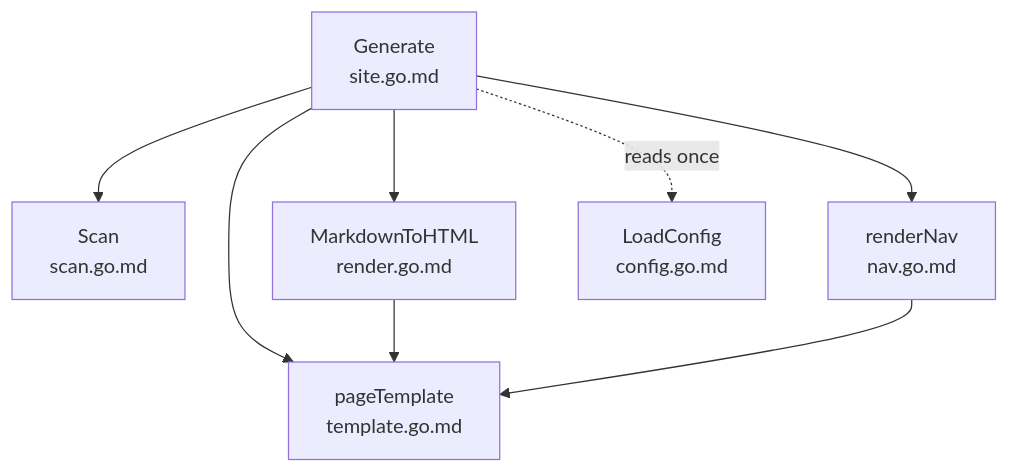
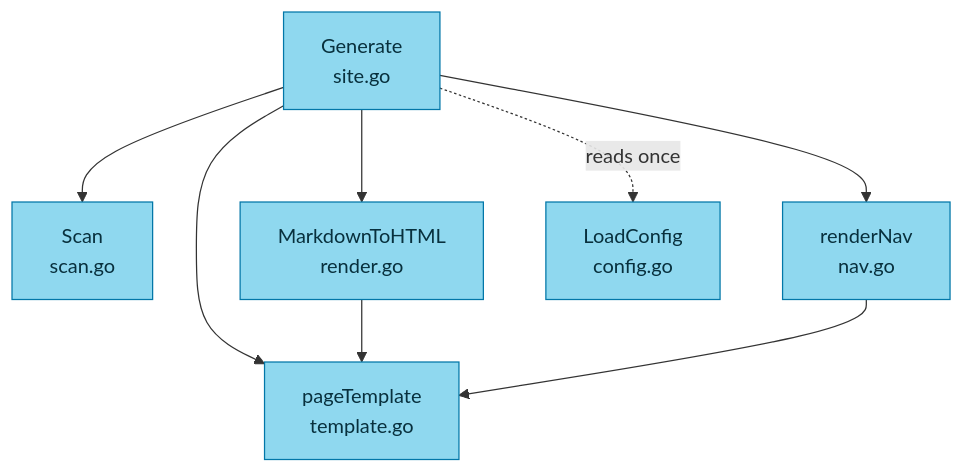
The diagram in internal/barnacle/README.md (fordaj/barnacle), drawn with Mermaid before and after one commit. The commit also changed 23 other files, not shown here.

````diff
--- a/internal/barnacle/README.md
+++ b/internal/barnacle/README.md
@@ -3,16 +3,18 @@
 ```mermaid
 flowchart TD
-    Generate[Generate<br/>site.go.md] --> Scan[Scan<br/>scan.go.md]
-    Generate --> Render[MarkdownToHTML<br/>render.go.md]
-    Generate --> Nav[renderNav<br/>nav.go.md]
-    Generate --> Template[pageTemplate<br/>template.go.md]
+    Generate["Generate<br/>site.go"] --> Scan["Scan<br/>scan.go"]
+    Generate --> Render["MarkdownToHTML<br/>render.go"]
+    Generate --> Nav["renderNav<br/>nav.go"]
+    Generate --> Template["pageTemplate<br/>template.go"]
     Render --> Template
     Nav --> Template
-    Generate -.->|reads once| Config[LoadConfig<br/>config.go.md]
+    Generate -.->|reads once| Config["LoadConfig<br/>config.go"]
     click Generate href "site.go.md"
     click Scan href "scan.go.md"
     click Render href "render.go.md"
     click Nav href "nav.go.md"
     click Template href "template.go.md"
     click Config href "config.go.md"
+    class Generate,Scan,Render,Nav,Template,Config goFile
+    classDef goFile fill:#8fd8ef,stroke:#0277a8,color:#08303d
 ```
````
